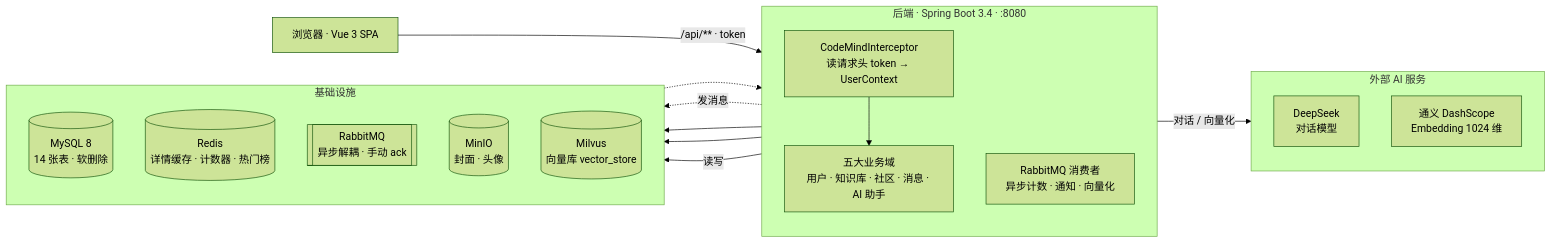
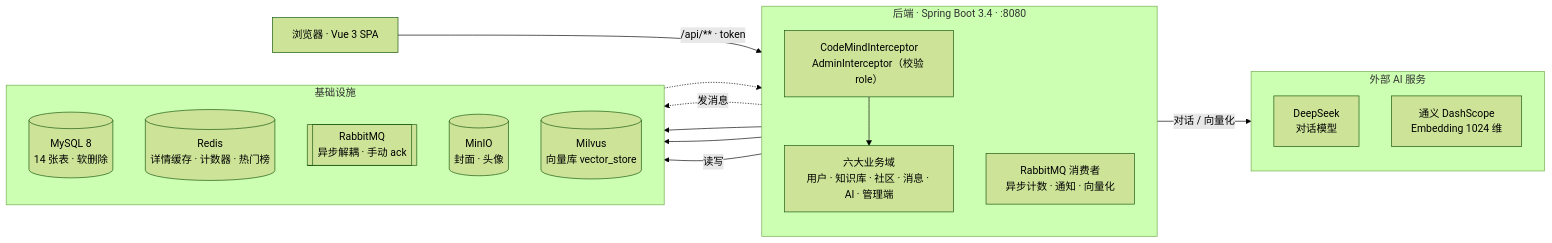
Before and after one commit to weng-776/CodeMind: the first of 3 diagrams in codemind-backend/架构与AI流程.md, drawn with Mermaid (forest theme). The commit also changed other lines of this file and 65 other files, not shown here.

````diff
--- a/codemind-backend/架构与AI流程.md
+++ b/codemind-backend/架构与AI流程.md
@@ -12,35 +16,35 @@
 ```mermaid
 flowchart LR
     Browser["浏览器 · Vue 3 SPA"]
 
     subgraph backend["后端 · Spring Boot 3.4 · :8080"]
         direction TB
-        Interceptor["CodeMindInterceptor<br/>读请求头 token → UserContext"]
-        domains["五大业务域<br/>用户 · 知识库 · 社区 · 消息 · AI 助手"]
+        Interceptor["CodeMindInterceptor<br/>AdminInterceptor（校验 role）"]
+        domains["六大业务域<br/>用户 · 知识库 · 社区 · 消息 · AI · 管理端"]
         Consumer["RabbitMQ 消费者<br/>异步计数 · 通知 · 向量化"]
     end
 
     subgraph infra["基础设施"]
         direction TB
         MySQL[("MySQL 8<br/>14 张表 · 软删除")]
         Redis[("Redis<br/>详情缓存 · 计数器 · 热门榜")]
         Rabbit[["RabbitMQ<br/>异步解耦 · 手动 ack"]]
         MinIO[("MinIO<br/>封面 · 头像")]
         Milvus[("Milvus<br/>向量库 vector_store")]
     end
 
     subgraph ext["外部 AI 服务"]
         direction TB
         DeepSeek["DeepSeek<br/>对话模型"]
         DashScope["通义 DashScope<br/>Embedding 1024 维"]
     end
 
     Browser -->|"/api/** · token"| Interceptor
     Interceptor --> domains
     domains -->|"读写"| infra
     domains -->|"对话 / 向量化"| ext
     domains -.->|"发消息"| Rabbit
     Rabbit -.-> Consumer
     Consumer --> MySQL
     Consumer --> Milvus
 ```
````
